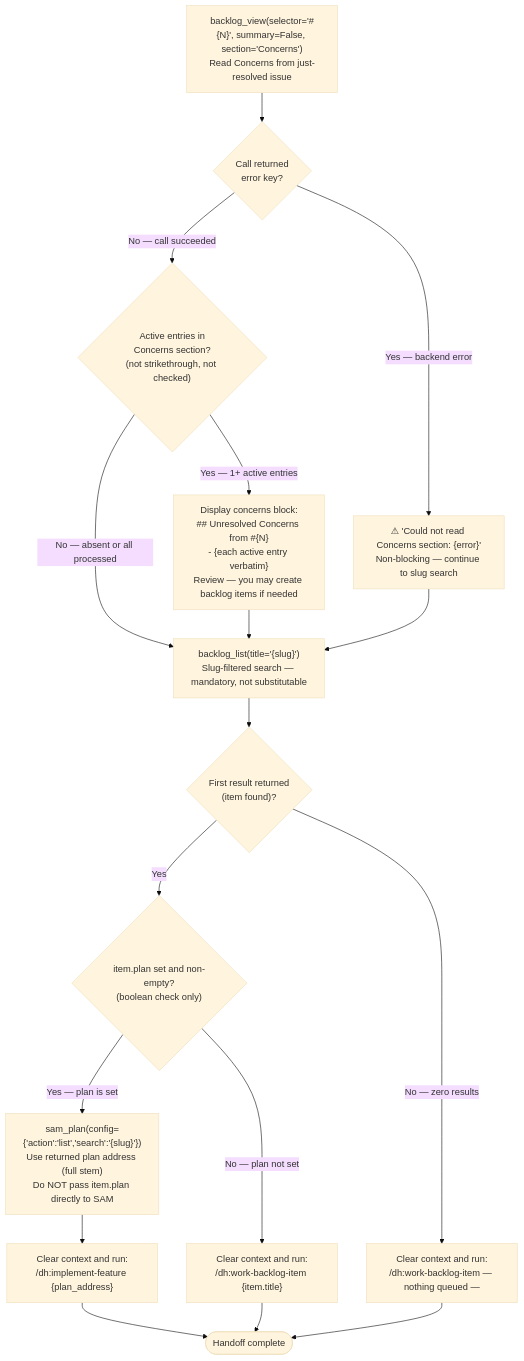
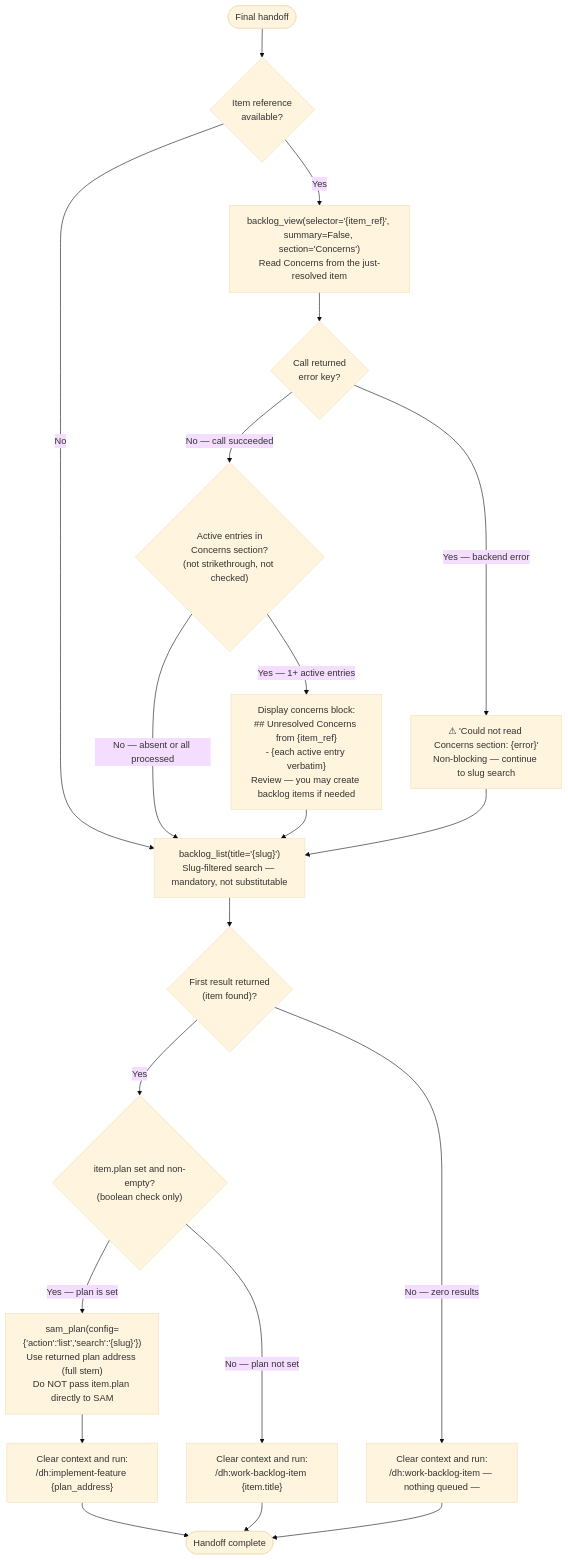
Before and after one commit to Jamie-BitFlight/claude_skills: the diagram in plugins/development-harness/skills/complete-implementation/references/final-handoff.md, drawn with Mermaid (base theme). The commit also changed other lines of this file and 21 other files, not shown here.

````diff
--- a/plugins/development-harness/skills/complete-implementation/references/final-handoff.md
+++ b/plugins/development-harness/skills/complete-implementation/references/final-handoff.md
@@ -41,22 +51,25 @@
 ```mermaid
 flowchart TD
-    %% Step 1: Read Concerns from just-resolved issue — MUST run before slug-search routing
-    %% #{N} = issue_number extracted in 'Apply status:verified Label' Step 2
-    ConcernsCheck["backlog_view(selector='#{N}', summary=False, section='Concerns')<br>Read Concerns from just-resolved issue"] --> ConcernsError{"Call returned<br>error key?"}
+    %% Step 1: Read Concerns from the just-resolved item — MUST run before slug-search routing
+    %% {item_ref} = response issue, plan issue, or slug-search result issue
+    Start([Final handoff]) --> HasRef{"Item reference<br>available?"}
+    HasRef -->|"No"| Fetch
+    HasRef -->|Yes| ConcernsCheck["backlog_view(selector='{item_ref}', summary=False, section='Concerns')<br>Read Concerns from the just-resolved item"]
+    ConcernsCheck --> ConcernsError{"Call returned<br>error key?"}
     ConcernsError -->|"Yes — backend error"| WarnContinue["⚠ 'Could not read Concerns section: {error}'<br>Non-blocking — continue to slug search"]
     ConcernsError -->|"No — call succeeded"| HasActiveConcerns{"Active entries in<br>Concerns section?<br>(not strikethrough, not checked)"}
-    HasActiveConcerns -->|"Yes — 1+ active entries"| DisplayConcerns["Display concerns block:<br>## Unresolved Concerns from #{N}<br>- {each active entry verbatim}<br>Review — you may create backlog items if needed"]
+    HasActiveConcerns -->|"Yes — 1+ active entries"| DisplayConcerns["Display concerns block:<br>## Unresolved Concerns from {item_ref}<br>- {each active entry verbatim}<br>Review — you may create backlog items if needed"]
     HasActiveConcerns -->|"No — absent or all processed"| Fetch
     DisplayConcerns --> Fetch
     WarnContinue --> Fetch
     %% The filter is mandatory — do NOT substitute a general P1/P2 listing already in context
     Fetch["backlog_list(title='{slug}')<br>Slug-filtered search — mandatory, not substitutable"] --> ItemFound{"First result returned<br>(item found)?"}
     ItemFound -->|"No — zero results"| NothingQueued["Clear context and run:<br>/dh:work-backlog-item — nothing queued —"]
     ItemFound -->|"Yes"| PlanSet{"item.plan set and non-empty?<br>(boolean check only)"}
     PlanSet -->|"Yes — plan is set"| ResolvePlan["sam_plan(config={'action':'list','search':'{slug}'})<br>Use returned plan address (full stem)<br>Do NOT pass item.plan directly to SAM"]
     PlanSet -->|"No — plan not set"| WorkItem["Clear context and run:<br>/dh:work-backlog-item {item.title}"]
     ResolvePlan --> ImplementFeature["Clear context and run:<br>/dh:implement-feature {plan_address}"]
     ImplementFeature --> Done([Handoff complete])
     WorkItem --> Done
     NothingQueued --> Done
 ```
````
